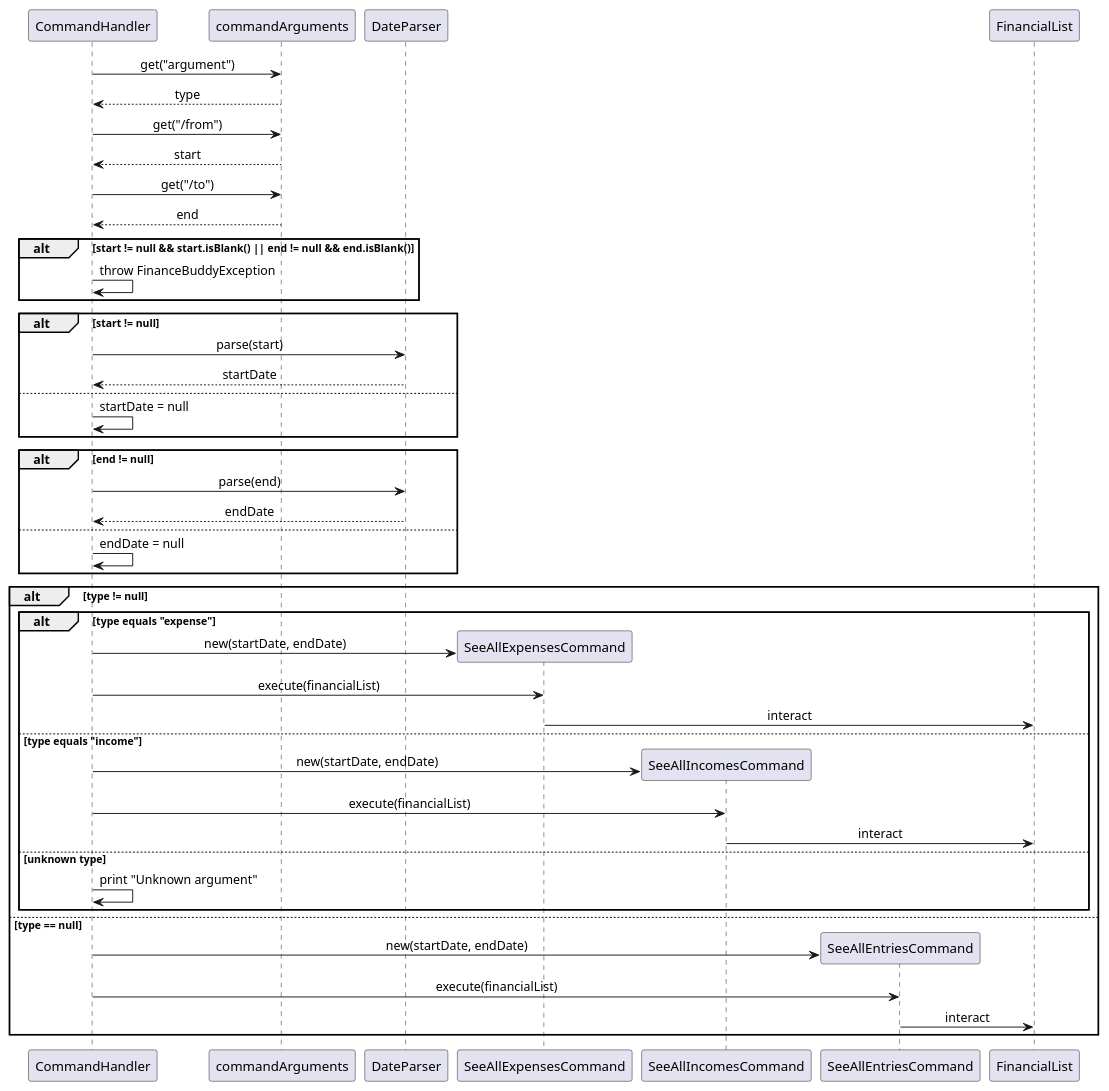
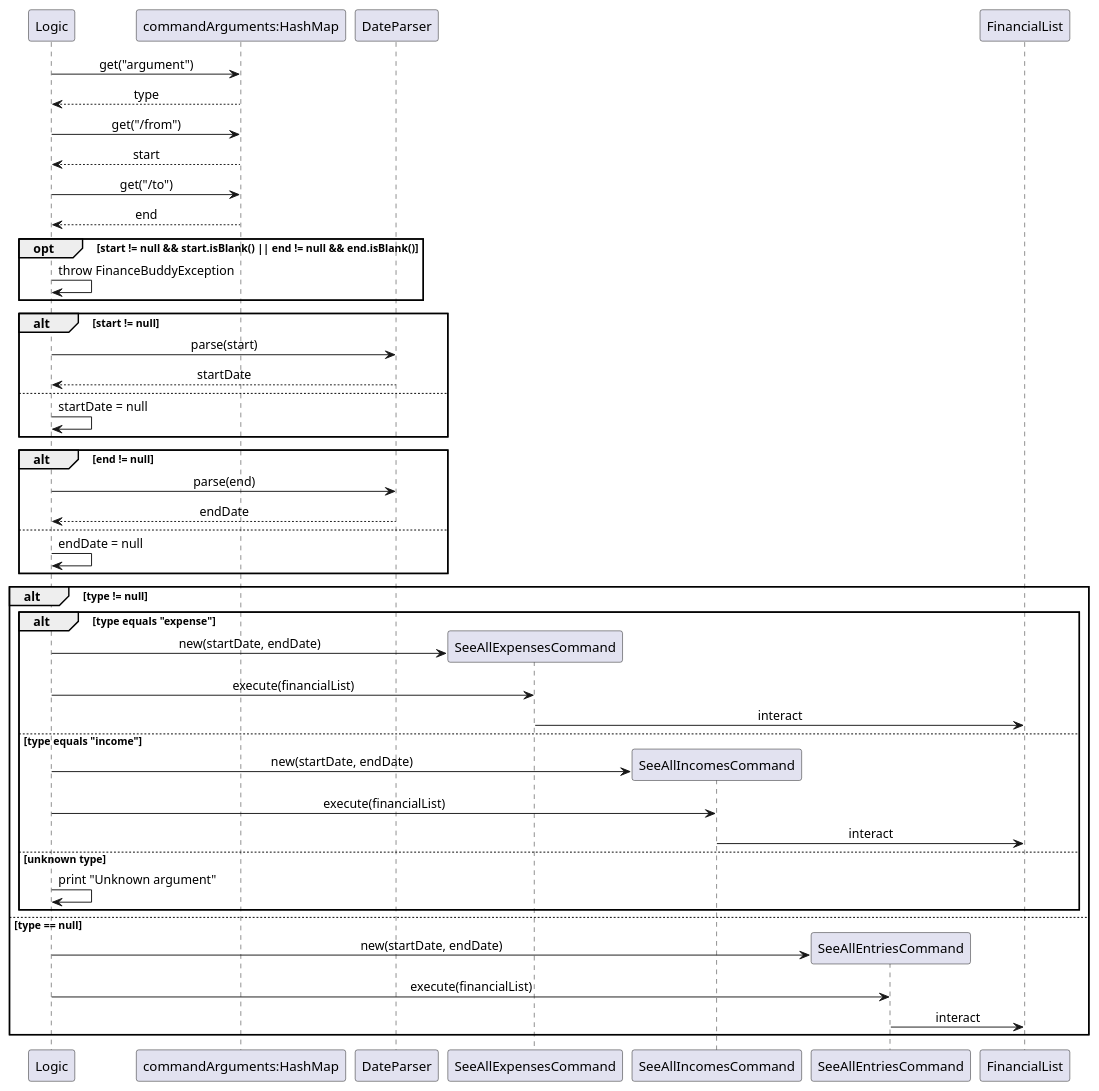
One commit to nus-cs2113-AY2425S1/tp changed the diagram in docs/UML/SeeAllEntriesOverview.puml. Above: the diagram before and after it, drawn with PlantUML. The commit also changed 1 other file, not shown here.

```diff
--- a/docs/UML/SeeAllEntriesOverview.puml
+++ b/docs/UML/SeeAllEntriesOverview.puml
@@ -1,59 +1,59 @@
 @startuml
 skinparam sequenceMessageAlign center
 skinparam responseMessageBelowArrow true
 
-participant "CommandHandler" as app
-participant "commandArguments" as map
+participant "Logic" as app
+participant "commandArguments:HashMap" as map
 participant "DateParser" as parser
 participant "SeeAllExpensesCommand" as expense
 participant "SeeAllIncomesCommand" as income
 participant "SeeAllEntriesCommand" as all
 participant "FinancialList" as list
 
 ' Get values from HashMap
 app -> map : get("argument")
 map --> app : type
 app -> map : get("/from")
 map --> app : start
 app -> map : get("/to")
 map --> app : end
 
 ' Check for blank dates
-alt start != null && start.isBlank() || end != null && end.isBlank()
+opt start != null && start.isBlank() || end != null && end.isBlank()
     app -> app : throw FinanceBuddyException
 end
 
 ' Parse dates
 alt start != null
     app -> parser : parse(start)
     parser --> app : startDate
     else
         app -> app : startDate = null
 end
 
 alt end != null
     app -> parser : parse(end)
     parser --> app : endDate
     else
         app -> app : endDate = null
 end
 
 ' Command execution based on type
 alt type != null
     alt type equals "expense"
         app -> expense ** : new(startDate, endDate)
         app -> expense : execute(financialList)
         expense -> list : interact
     else type equals "income"
         app -> income ** : new(startDate, endDate)
         app -> income : execute(financialList)
         income -> list : interact
     else unknown type
         app -> app : print "Unknown argument"
     end
 else type == null
     app -> all ** : new(startDate, endDate)
     app -> all : execute(financialList)
     all -> list : interact
 end
 @enduml
```
